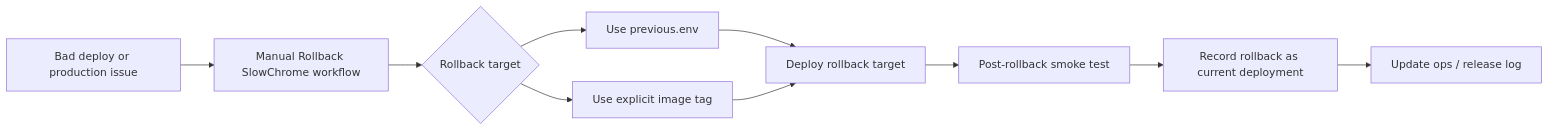
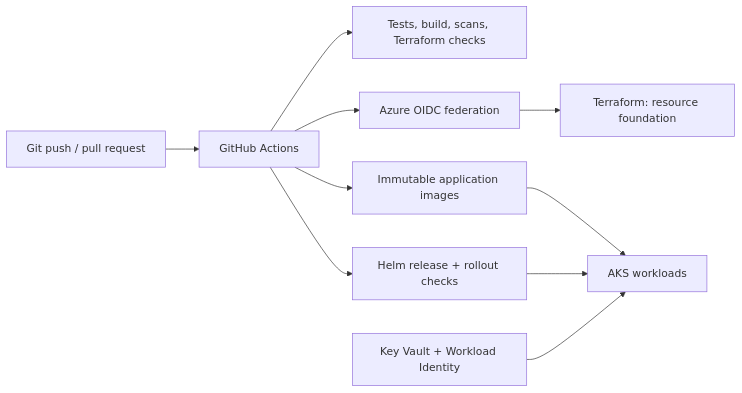
One commit to hzzcoding/SlowChrome-Showcase changed the second of 3 diagrams in docs/technical-case-study.md. Above: the diagram before and after it, drawn with Mermaid. The commit also changed other lines of this file and 6 other files, not shown here.

````diff
--- a/docs/technical-case-study.md
+++ b/docs/technical-case-study.md
@@ -137,12 +82,12 @@
 ```mermaid
 flowchart LR
-    incident["Bad deploy or production issue"] --> workflow["Manual Rollback SlowChrome workflow"]
-    workflow --> target{"Rollback target"}
-    target --> previous["Use previous.env"]
-    target --> explicit["Use explicit image tag"]
-    previous --> redeploy["Deploy rollback target"]
-    explicit --> redeploy
-    redeploy --> smoke["Post-rollback smoke test"]
-    smoke --> state["Record rollback as current deployment"]
-    state --> ops["Update ops / release log"]
+    dev["Git push / pull request"] --> gha["GitHub Actions"]
+    gha --> checks["Tests, build, scans, Terraform checks"]
+    gha --> oidc["Azure OIDC federation"]
+    oidc --> tf["Terraform: resource foundation"]
+    gha --> acr["Immutable application images"]
+    gha --> helm["Helm release + rollout checks"]
+    acr --> aks["AKS workloads"]
+    helm --> aks
+    kv["Key Vault + Workload Identity"] --> aks
 ```
````
